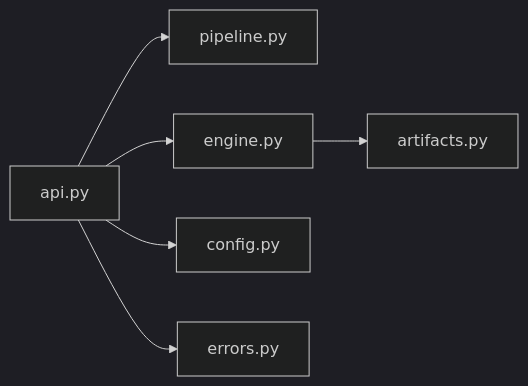
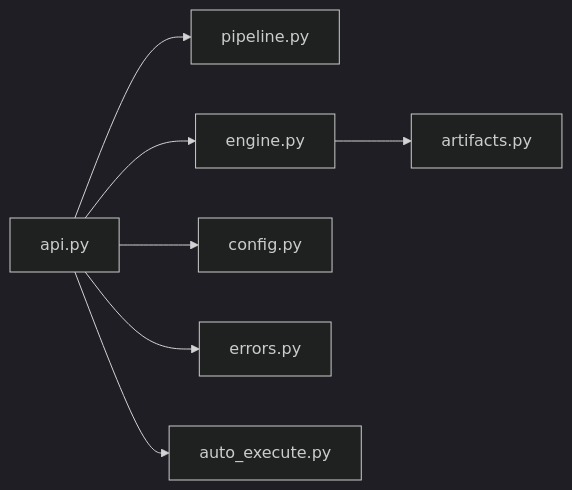
One commit to Joeyzheng001/LLM-AutoTest changed the fifth of 5 diagrams in .qoder/repowiki/zh/content/核心服务/编排服务(Orchestrator)/API接口.md. Above: the diagram before and after it, drawn with Mermaid (dark theme). The commit also changed other lines of this file and 94 other files, not shown here.

````diff
--- a/.qoder/repowiki/zh/content/核心服务/编排服务(Orchestrator)/API接口.md
+++ b/.qoder/repowiki/zh/content/核心服务/编排服务(Orchestrator)/API接口.md
@@ -263,8 +312,9 @@
 ```mermaid
 graph LR
 API["api.py"] --> PIPE["pipeline.py"]
 API --> ENG["engine.py"]
 ENG --> ART["artifacts.py"]
 API --> CFG["config.py"]
 API --> ERR["errors.py"]
+API --> AUTH["auto_execute.py"]
 ```
````
